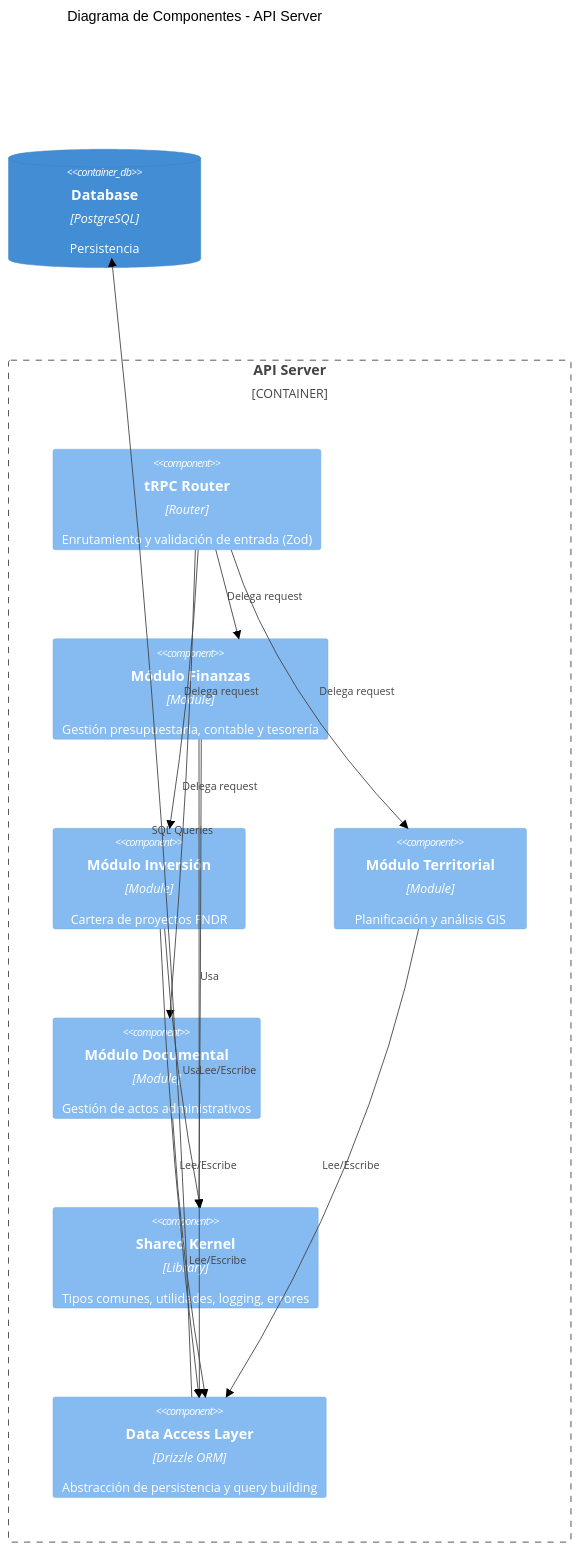
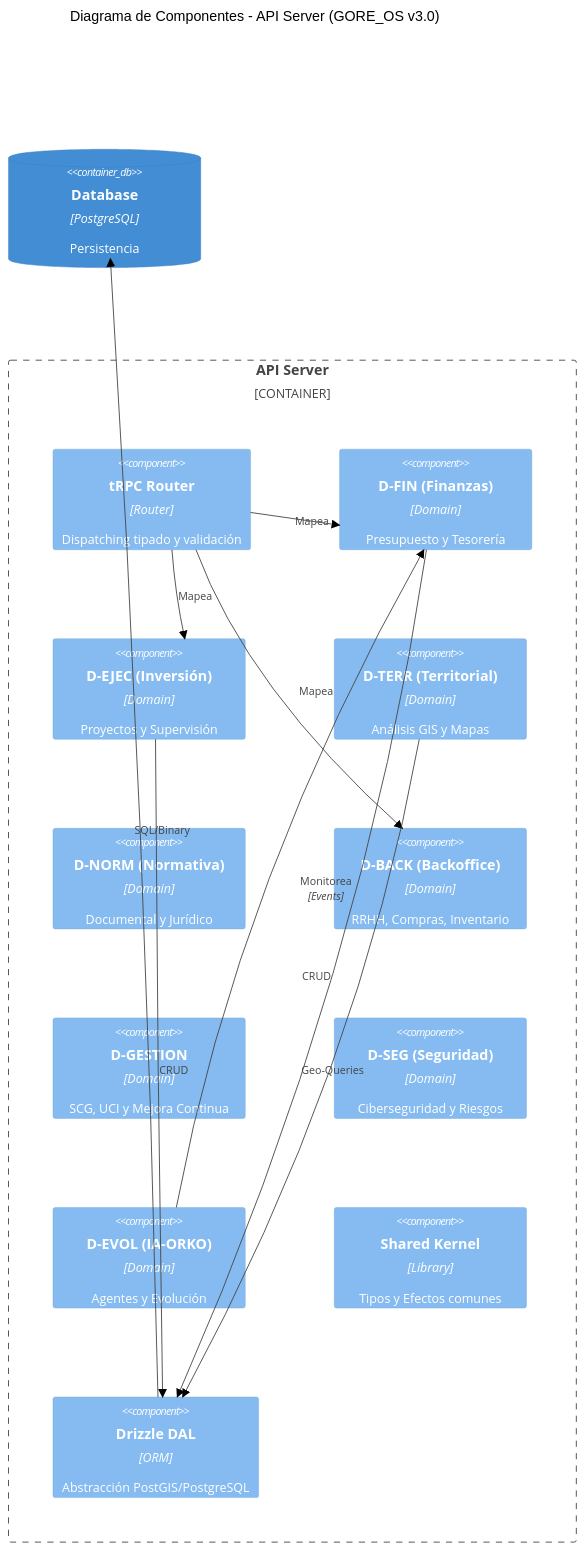
The diagram in architecture/c3_components/components.md (felix-antonio-sl/gore_os), drawn with Mermaid (neutral theme) before and after one commit. The commit also changed other lines of this file and 90 other files, not shown here.

````diff
--- a/architecture/c3_components/components.md
+++ b/architecture/c3_components/components.md
@@ -8,33 +11,37 @@
 ```mermaid
 C4Component
-    title Diagrama de Componentes - API Server
+    title Diagrama de Componentes - API Server (GORE_OS v3.0)
 
     Container_Boundary(api, "API Server") {
-        Component(trpc, "tRPC Router", "Router", "Enrutamiento y validación de entrada (Zod)")
+        Component(trpc, "tRPC Router", "Router", "Dispatching tipado y validación")
         
-        Component(mod_fin, "Módulo Finanzas", "Module", "Gestión presupuestaria, contable y tesorería")
-        Component(mod_inv, "Módulo Inversión", "Module", "Cartera de proyectos FNDR")
-        Component(mod_terr, "Módulo Territorial", "Module", "Planificación y análisis GIS")
-        Component(mod_doc, "Módulo Documental", "Module", "Gestión de actos administrativos")
-
-        Component(shared_kernel, "Shared Kernel", "Library", "Tipos comunes, utilidades, logging, errores")
-        Component(data_access, "Data Access Layer", "Drizzle ORM", "Abstracción de persistencia y query building")
+        %% Dominios Core
+        Component(mod_fin, "D-FIN (Finanzas)", "Domain", "Presupuesto y Tesorería")
+        Component(mod_ejec, "D-EJEC (Inversión)", "Domain", "Proyectos y Supervisión")
+        Component(mod_terr, "D-TERR (Territorial)", "Domain", "Análisis GIS y Mapas")
+        Component(mod_norm, "D-NORM (Normativa)", "Domain", "Documental y Jurídico")
+        
+        %% Dominios de Soporte y Evolución
+        Component(mod_back, "D-BACK (Backoffice)", "Domain", "RRHH, Compras, Inventario")
+        Component(mod_gestion, "D-GESTION", "Domain", "SCG, UCI y Mejora Continua")
+        Component(mod_seg, "D-SEG (Seguridad)", "Domain", "Ciberseguridad y Riesgos")
+        Component(mod_evol, "D-EVOL (IA-ORKO)", "Domain", "Agentes y Evolución")
+        
+        %% Infraestructura Interna
+        Component(shared_kernel, "Shared Kernel", "Library", "Tipos y Efectos comunes")
+        Component(data_access, "Drizzle DAL", "ORM", "Abstracción PostGIS/PostgreSQL")
     }
 
     ContainerDb(db, "Database", "PostgreSQL", "Persistencia")
 
-    Rel(trpc, mod_fin, "Delega request")
-    Rel(trpc, mod_inv, "Delega request")
-    Rel(trpc, mod_terr, "Delega request")
-    Rel(trpc, mod_doc, "Delega request")
-
-    Rel(mod_fin, data_access, "Lee/Escribe")
-    Rel(mod_inv, data_access, "Lee/Escribe")
-    Rel(mod_terr, data_access, "Lee/Escribe")
-    Rel(mod_doc, data_access, "Lee/Escribe")
-
-    Rel(mod_fin, shared_kernel, "Usa")
-    Rel(mod_inv, shared_kernel, "Usa")
+    Rel(trpc, mod_fin, "Mapea")
+    Rel(trpc, mod_ejec, "Mapea")
+    Rel(trpc, mod_back, "Mapea")
+    Rel(mod_evol, mod_fin, "Monitorea", "Events")
     
-    Rel(data_access, db, "SQL Queries")
+    Rel(mod_fin, data_access, "CRUD")
+    Rel(mod_ejec, data_access, "CRUD")
+    Rel(mod_terr, data_access, "Geo-Queries")
+    
+    Rel(data_access, db, "SQL/Binary")
 ```
````
